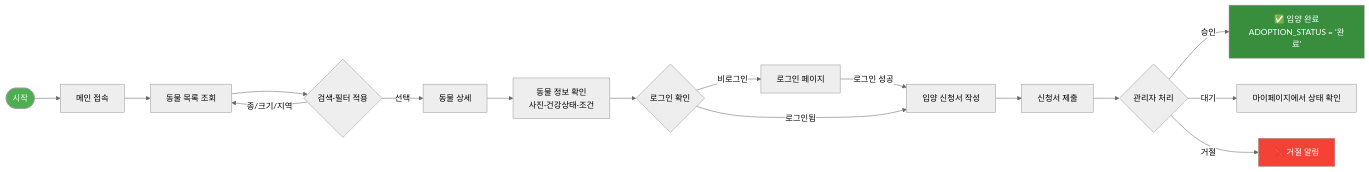
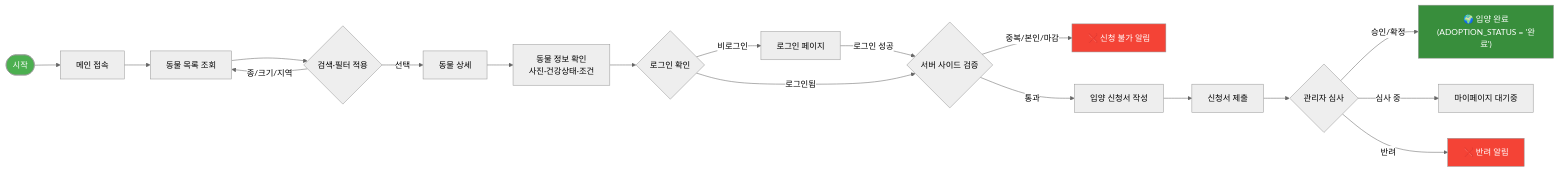
Before and after one commit to KJH-Portfolio/202511-stray-dog-volunteer: the fourth of 7 diagrams in userflow.md, drawn with Mermaid (neutral theme). The commit also changed other lines of this file and 11 other files, not shown here.

````diff
--- a/userflow.md
+++ b/userflow.md
@@ -200,22 +207,25 @@
 ```mermaid
 flowchart LR
     S([시작]) --> L[메인 접속]
     L --> AL[동물 목록 조회]
     AL --> AF{검색·필터 적용}
     AF -->|종/크기/지역| AL
     AF -->|선택| AD[동물 상세]
     AD --> DC[동물 정보 확인\n사진·건강상태·조건]
     DC --> LC{로그인 확인}
     LC -->|비로그인| LI[로그인 페이지]
-    LI -->|로그인 성공| AF2[입양 신청서 작성]
-    LC -->|로그인됨| AF2
+    LI -->|로그인 성공| CK{서버 사이드 검증}
+    LC -->|로그인됨| CK
+    CK -->|중복/본인/마감| ERR[❌ 신청 불가 알림]
+    CK -->|통과| AF2[입양 신청서 작성]
     AF2 --> SB[신청서 제출]
-    SB --> STATUS{관리자 처리}
-    STATUS -->|승인| DONE["✅ 입양 완료\nADOPTION_STATUS = '완료'"]
-    STATUS -->|대기| WAIT[마이페이지에서 상태 확인]
-    STATUS -->|거절| REJ[❌ 거절 알림]
+    SB --> STATUS{관리자 심사}
+    STATUS -->|승인/확정| DONE["🌍 입양 완료\n(ADOPTION_STATUS = '완료')"]
+    STATUS -->|심사 중| WAIT[마이페이지 대기중]
+    STATUS -->|반려| REJ[❌ 반려 알림]
 
     style S fill:#4CAF50,color:#fff
     style DONE fill:#388E3C,color:#fff
     style REJ fill:#F44336,color:#fff
+    style ERR fill:#F44336,color:#fff
 ```
````
